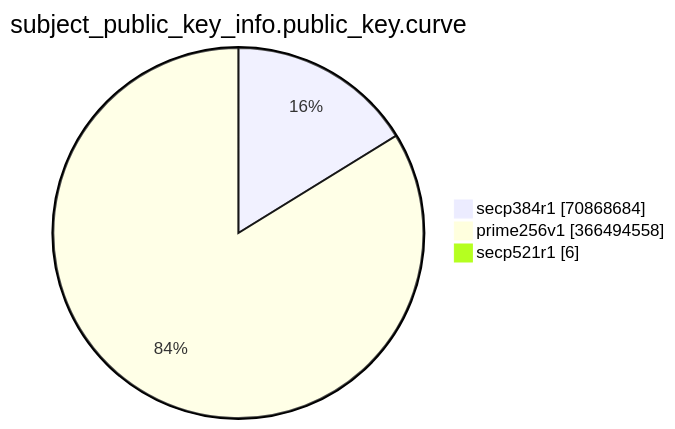
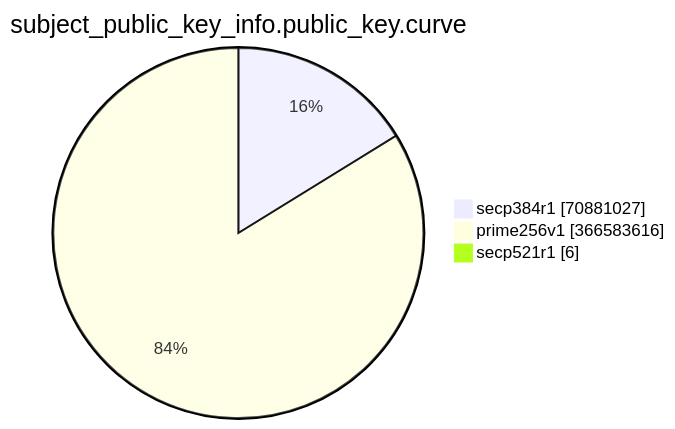
One commit to christiankrug/ctmonitor_visualization changed the eighth of 15 diagrams in TOTAL/README.md. Above: the diagram before and after it, drawn with Mermaid. The commit also changed other lines of this file, not shown here.

````diff
--- a/TOTAL/README.md
+++ b/TOTAL/README.md
@@ -3092,7 +3092,7 @@
 ```mermaid
 pie showData
 title subject_public_key_info.public_key.curve
-"secp384r1" :70868684
-"prime256v1" :366494558
+"secp384r1" :70881027
+"prime256v1" :366583616
 "secp521r1" :6
 ```
````
